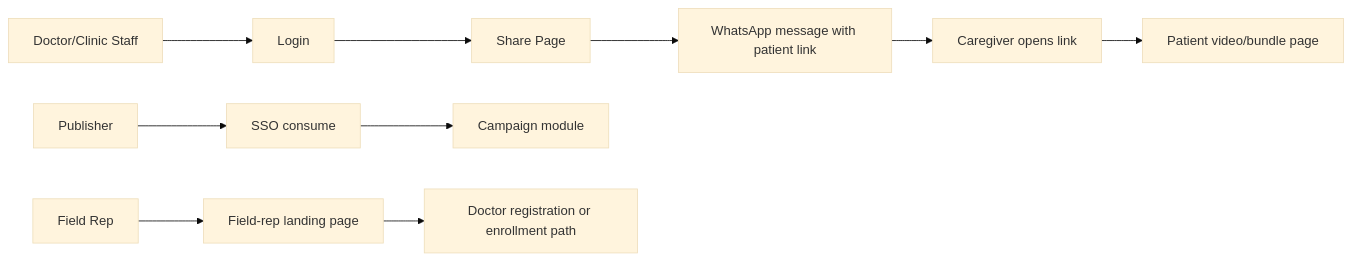
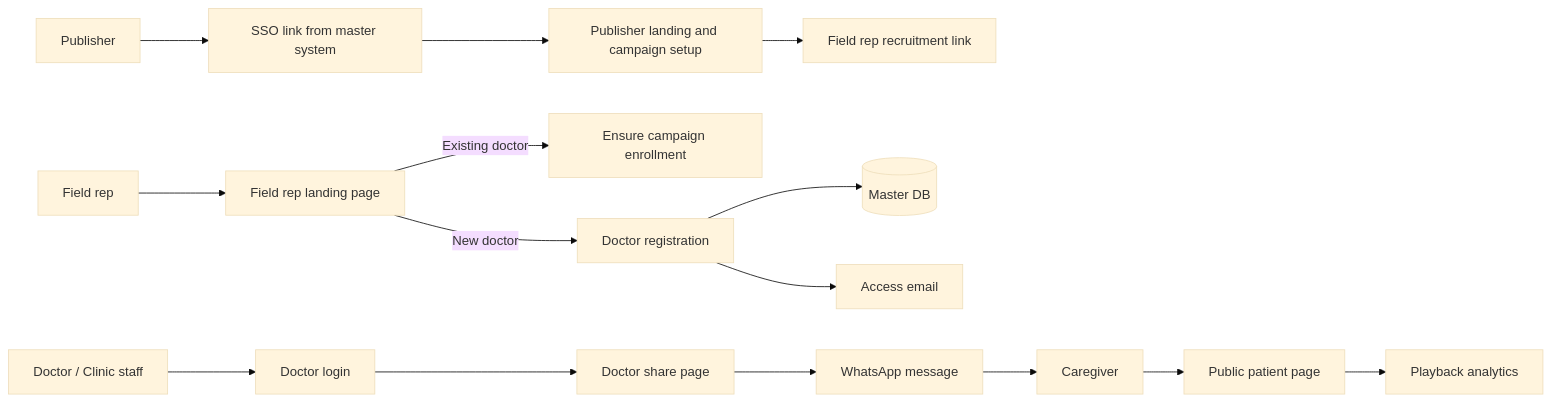
The first of 8 diagrams in README.md (gopalakrishnanplus-creator/peds_edu_app-codex), drawn with Mermaid (base theme) before and after one commit. The commit also changed other lines of this file, not shown here.

Commit message:
Rewrite README as consolidated system guide

````diff
--- a/README.md
+++ b/README.md
@@ -68,13 +71,20 @@
 ```mermaid
 flowchart LR
-  D[Doctor/Clinic Staff] --> L[Login]
-  L --> S[Share Page]
-  S --> WA[WhatsApp message with patient link]
-  WA --> P[Caregiver opens link]
-  P --> V[Patient video/bundle page]
+  PUB["Publisher"] --> SSO["SSO link from master system"]
+  SSO --> PLC["Publisher landing and campaign setup"]
+  PLC --> FRL["Field rep recruitment link"]
 
-  PUB[Publisher] --> SSO[SSO consume]
-  SSO --> CM[Campaign module]
-  FR[Field Rep] --> FL[Field-rep landing page]
-  FL --> REG[Doctor registration or enrollment path]
+  FR["Field rep"] --> FRL2["Field rep landing page"]
+  FRL2 -->|Existing doctor| ENR["Ensure campaign enrollment"]
+  FRL2 -->|New doctor| REG["Doctor registration"]
+
+  REG --> MDB[(Master DB)]
+  REG --> EMAIL["Access email"]
+
+  DOC["Doctor / Clinic staff"] --> LOGIN["Doctor login"]
+  LOGIN --> SHARE["Doctor share page"]
+  SHARE --> WA["WhatsApp message"]
+  WA --> CG["Caregiver"]
+  CG --> PAGES["Public patient page"]
+  PAGES --> ANALYTICS["Playback analytics"]
 ```
````
